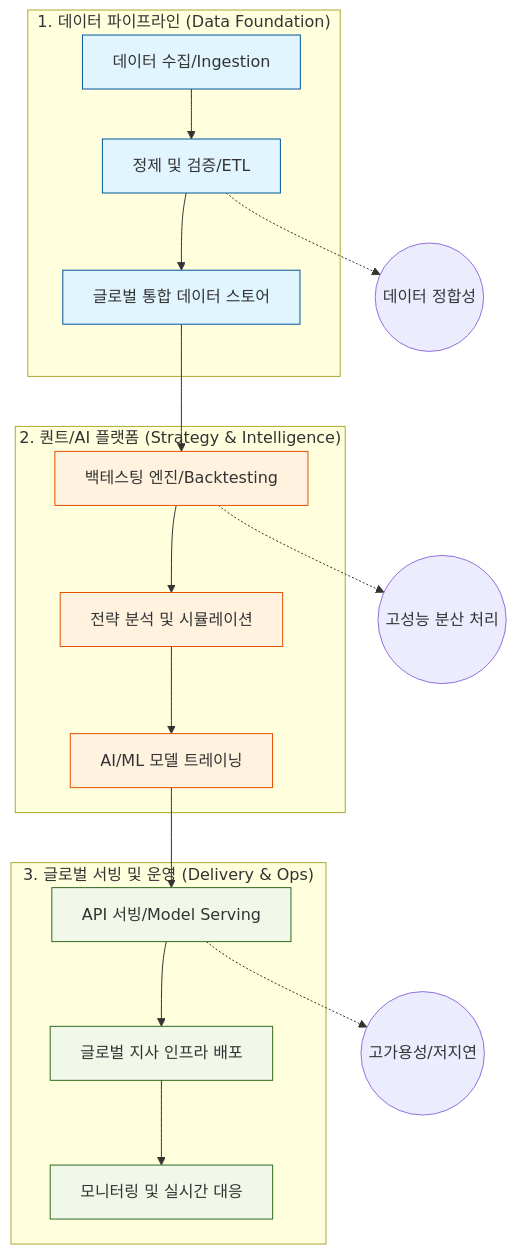
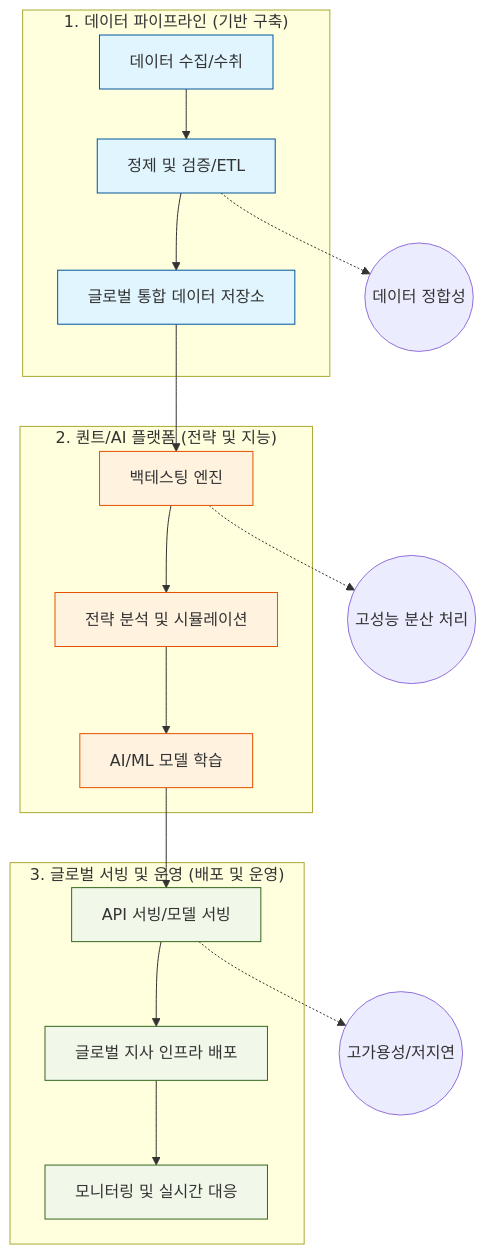
Before and after one commit to muzzaiwork/interview: the diagram in 미래에셋자산운용/01_company_info/02_job_roadmap.md, drawn with Mermaid. The commit also changed 1 other file, not shown here.

Commit message:
docs: Mermaid 다이어그램 한글화

````diff
--- a/미래에셋자산운용/01_company_info/02_job_roadmap.md
+++ b/미래에셋자산운용/01_company_info/02_job_roadmap.md
@@ -7,33 +7,33 @@
 ```mermaid
 graph TD
-    subgraph "1. 데이터 파이프라인 (Data Foundation)"
-        A[데이터 수집/Ingestion] --> B[정제 및 검증/ETL]
-        B --> C[글로벌 통합 데이터 스토어]
+    subgraph "1. 데이터 파이프라인 (기반 구축)"
+        A[데이터 수집/수취] --> B[정제 및 검증/ETL]
+        B --> C[글로벌 통합 데이터 저장소]
         style A fill:#e1f5fe,stroke:#01579b
         style B fill:#e1f5fe,stroke:#01579b
         style C fill:#e1f5fe,stroke:#01579b
     end
 
-    subgraph "2. 퀀트/AI 플랫폼 (Strategy & Intelligence)"
-        C --> D[백테스팅 엔진/Backtesting]
+    subgraph "2. 퀀트/AI 플랫폼 (전략 및 지능)"
+        C --> D[백테스팅 엔진]
         D --> E[전략 분석 및 시뮬레이션]
-        E --> F[AI/ML 모델 트레이닝]
+        E --> F[AI/ML 모델 학습]
         style D fill:#fff3e0,stroke:#e65100
         style E fill:#fff3e0,stroke:#e65100
         style F fill:#fff3e0,stroke:#e65100
     end
 
-    subgraph "3. 글로벌 서빙 및 운영 (Delivery & Ops)"
-        F --> G[API 서빙/Model Serving]
+    subgraph "3. 글로벌 서빙 및 운영 (배포 및 운영)"
+        F --> G[API 서빙/모델 서빙]
         G --> H[글로벌 지사 인프라 배포]
         H --> I[모니터링 및 실시간 대응]
         style G fill:#f1f8e9,stroke:#33691e
         style H fill:#f1f8e9,stroke:#33691e
         style I fill:#f1f8e9,stroke:#33691e
     end
 
     %% 기술 아젠다 연결
     B -.-> J((데이터 정합성))
     D -.-> K((고성능 분산 처리))
     G -.-> L((고가용성/저지연))
 ```
````
